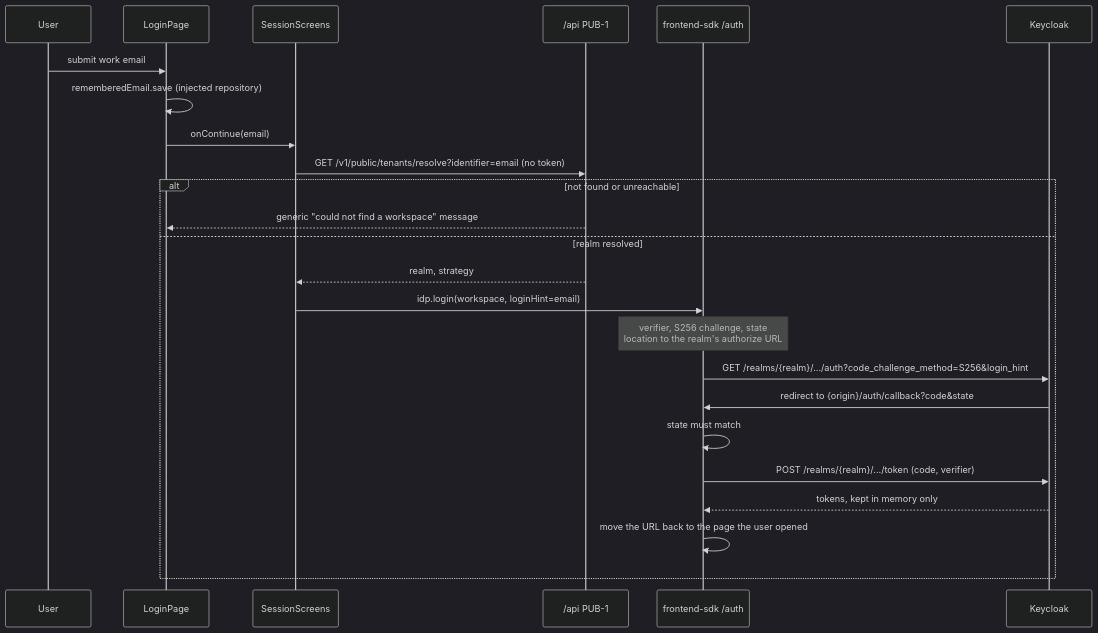
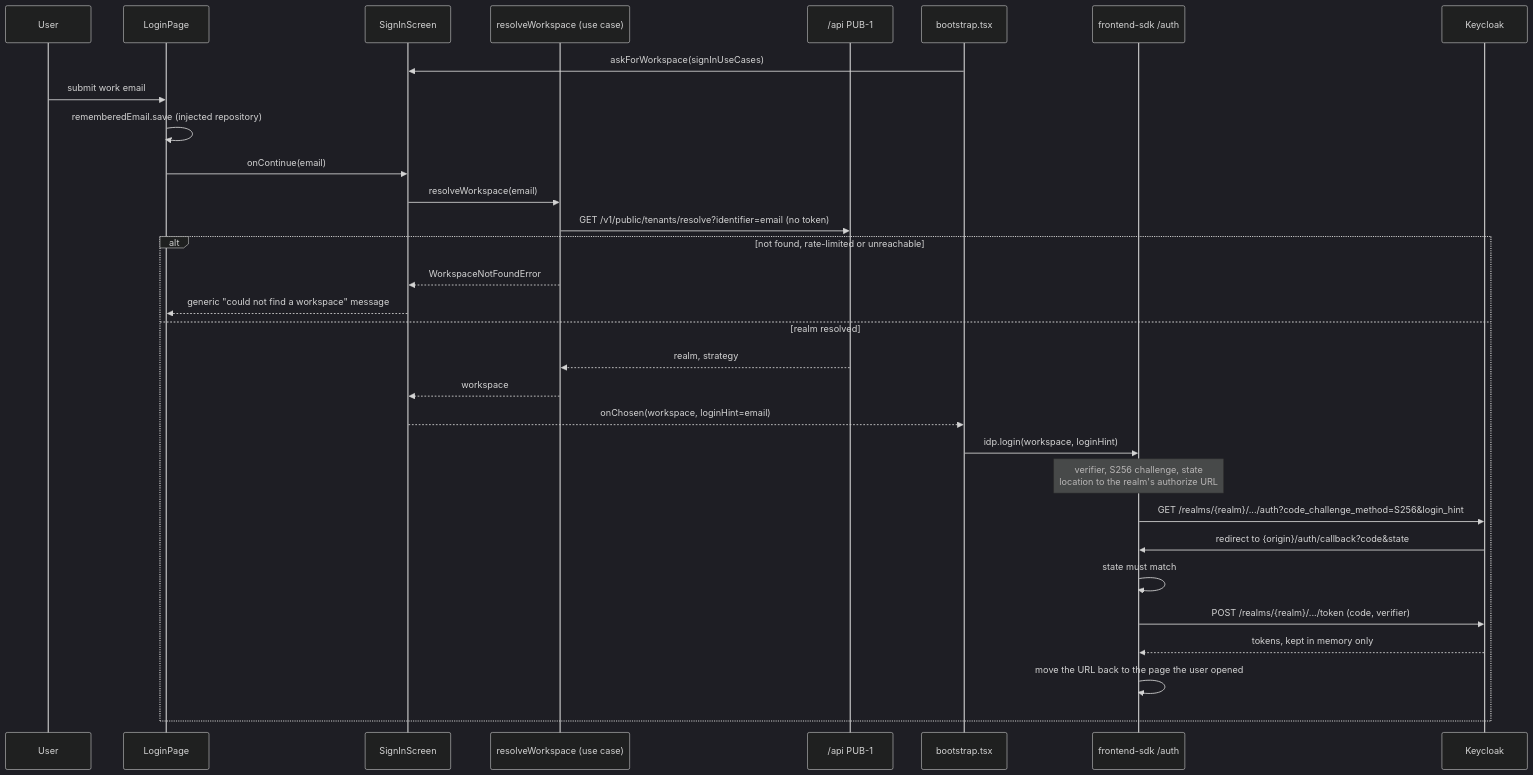
The fourth of 5 diagrams in ARCHITECTURE.md (BCBP-SOLUTIONS-FZC-LLC/web-shell), drawn with Mermaid (dark theme) before and after one commit. The commit also changed other lines of this file and 21 other files, not shown here.

````diff
--- a/ARCHITECTURE.md
+++ b/ARCHITECTURE.md
@@ -271,27 +273,34 @@
 ```mermaid
 sequenceDiagram
     participant User
     participant Login as LoginPage
-    participant Screens as SessionScreens
+    participant Screens as SignInScreen
+    participant UC as resolveWorkspace (use case)
     participant IAM as /api PUB-1
+    participant Boot as bootstrap.tsx
     participant SDK as frontend-sdk /auth
     participant KC as Keycloak
 
+    Boot->>Screens: askForWorkspace(signInUseCases)
     User->>Login: submit work email
     Login->>Login: rememberedEmail.save (injected repository)
     Login->>Screens: onContinue(email)
-    Screens->>IAM: GET /v1/public/tenants/resolve?identifier=email (no token)
-    alt not found or unreachable
-        IAM-->>Login: generic "could not find a workspace" message
+    Screens->>UC: resolveWorkspace(email)
+    UC->>IAM: GET /v1/public/tenants/resolve?identifier=email (no token)
+    alt not found, rate-limited or unreachable
+        UC-->>Screens: WorkspaceNotFoundError
+        Screens-->>Login: generic "could not find a workspace" message
     else realm resolved
-        IAM-->>Screens: realm, strategy
-        Screens->>SDK: idp.login(workspace, loginHint=email)
+        IAM-->>UC: realm, strategy
+        UC-->>Screens: workspace
+        Screens-->>Boot: onChosen(workspace, loginHint=email)
+        Boot->>SDK: idp.login(workspace, loginHint)
         Note over SDK: verifier, S256 challenge, state<br/>location to the realm's authorize URL
         SDK->>KC: GET /realms/{realm}/.../auth?code_challenge_method=S256&login_hint
         KC->>SDK: redirect to {origin}/auth/callback?code&state
         SDK->>SDK: state must match
         SDK->>KC: POST /realms/{realm}/.../token (code, verifier)
         KC-->>SDK: tokens, kept in memory only
         SDK->>SDK: move the URL back to the page the user opened
     end
 ```
````
